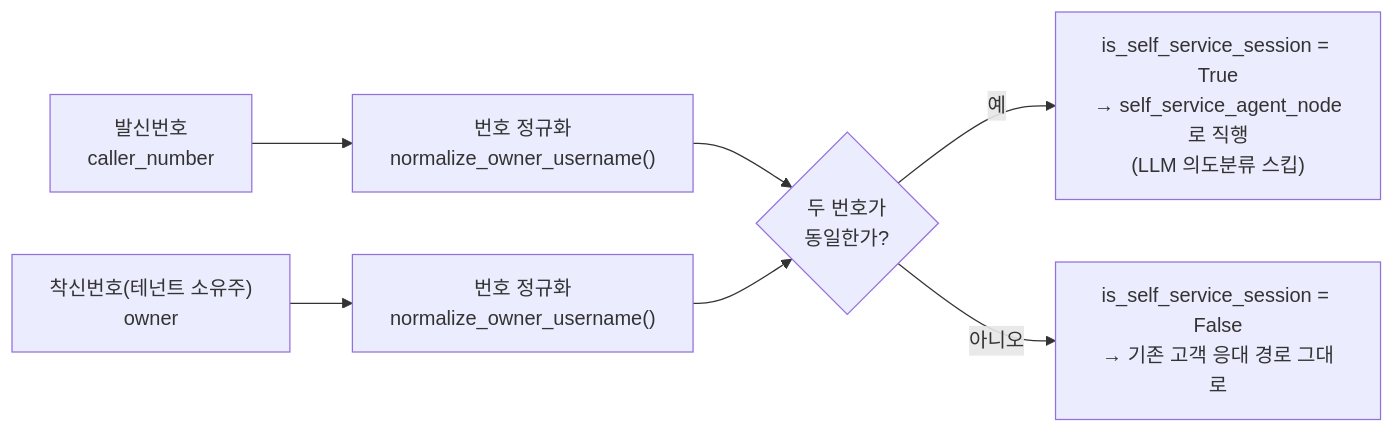
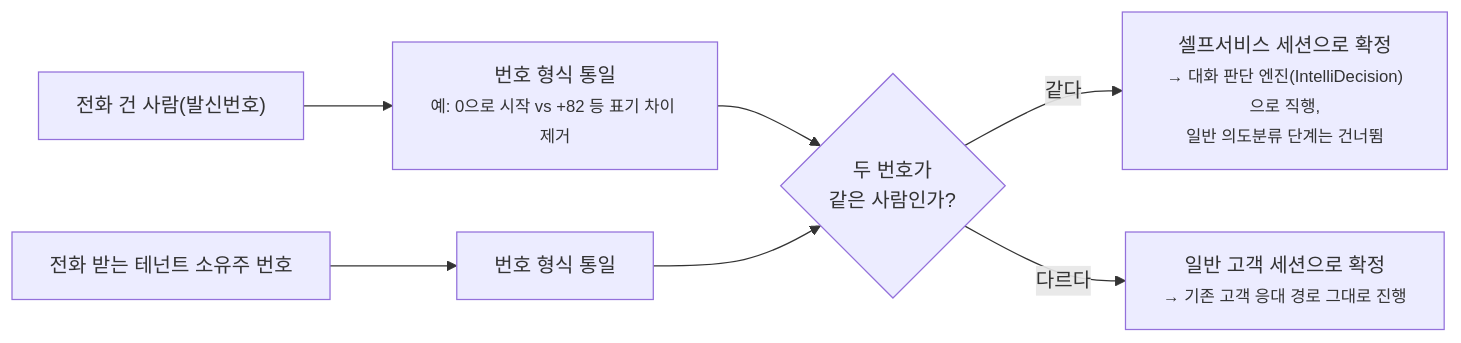
One commit to hak023/sip_pbx changed the second of 7 diagrams in docs/presentation/self-service-ai-assistant-introduction.md. Above: the diagram before and after it, drawn with Mermaid. The commit also changed other lines of this file, not shown here.

Commit message:
docs: make architecture diagrams role-based and readable (skip SIP INVITE, label branch conditions)

````diff
--- a/docs/presentation/self-service-ai-assistant-introduction.md
+++ b/docs/presentation/self-service-ai-assistant-introduction.md
@@ -251,9 +211,9 @@
 ```mermaid
 flowchart LR
-    A["발신번호<br/>caller_number"] --> N1["번호 정규화<br/>normalize_owner_username()"]
-    B["착신번호(테넌트 소유주)<br/>owner"] --> N2["번호 정규화<br/>normalize_owner_username()"]
-    N1 --> EQ{"두 번호가<br/>동일한가?"}
+    A["전화 건 사람(발신번호)"] --> N1["번호 형식 통일<br/><small>예: 0으로 시작 vs +82 등 표기 차이 제거</small>"]
+    B["전화 받는 테넌트 소유주 번호"] --> N2["번호 형식 통일"]
+    N1 --> EQ{"두 번호가<br/>같은 사람인가?"}
     N2 --> EQ
-    EQ -->|"예"| SELF["is_self_service_session = True<br/>→ self_service_agent_node로 직행<br/>(LLM 의도분류 스킵)"]
-    EQ -->|"아니오"| NORMAL["is_self_service_session = False<br/>→ 기존 고객 응대 경로 그대로"]
+    EQ -->|"같다"| SELF["셀프서비스 세션으로 확정<br/><small>→ 대화 판단 엔진(IntelliDecision)으로 직행,<br/>일반 의도분류 단계는 건너뜀</small>"]
+    EQ -->|"다르다"| NORMAL["일반 고객 세션으로 확정<br/><small>→ 기존 고객 응대 경로 그대로 진행</small>"]
 ```
````
